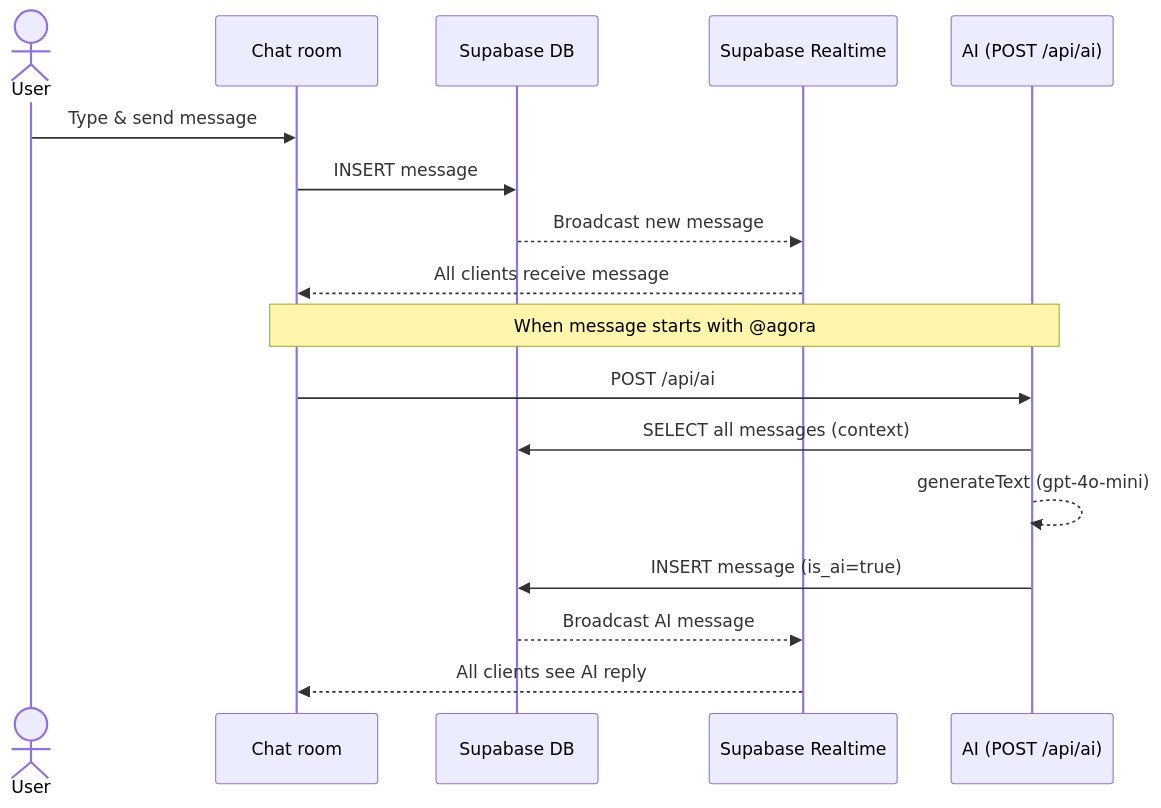
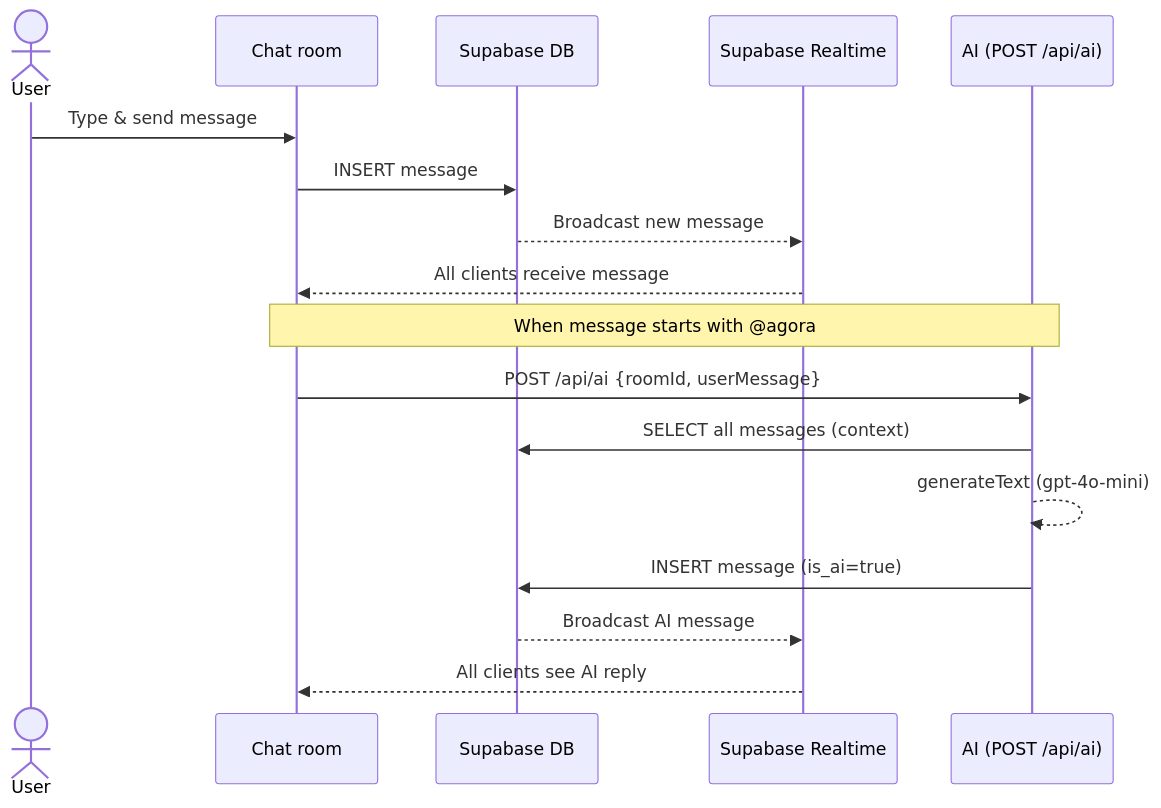
One commit to pirkkahuhtala/agora-ai changed the third of 4 diagrams in README.md. Above: the diagram before and after it, drawn with Mermaid. The commit also changed other lines of this file, not shown here.

Commit message:
Update README to clarify AI secretary role and enhance participant lifecycle diagram

````diff
--- a/README.md
+++ b/README.md
@@ -71,21 +77,21 @@
 ```mermaid
 sequenceDiagram
     actor User
     participant Chat as Chat room
     participant DB as Supabase DB
     participant RT as Supabase Realtime
     participant AI as AI (POST /api/ai)
 
     User->>Chat: Type & send message
     Chat->>DB: INSERT message
     DB-->>RT: Broadcast new message
     RT-->>Chat: All clients receive message
 
     Note over Chat,AI: When message starts with @agora
-    Chat->>AI: POST /api/ai
+    Chat->>AI: POST /api/ai {roomId, userMessage}
     AI->>DB: SELECT all messages (context)
     AI-->>AI: generateText (gpt-4o-mini)
     AI->>DB: INSERT message (is_ai=true)
     DB-->>RT: Broadcast AI message
     RT-->>Chat: All clients see AI reply
 ```
````
